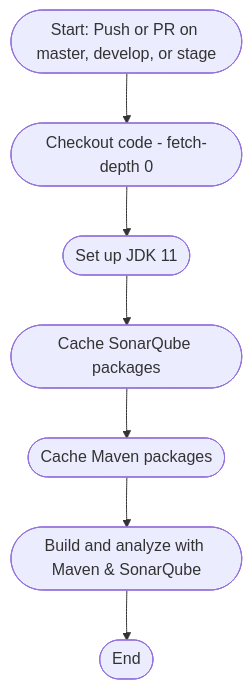
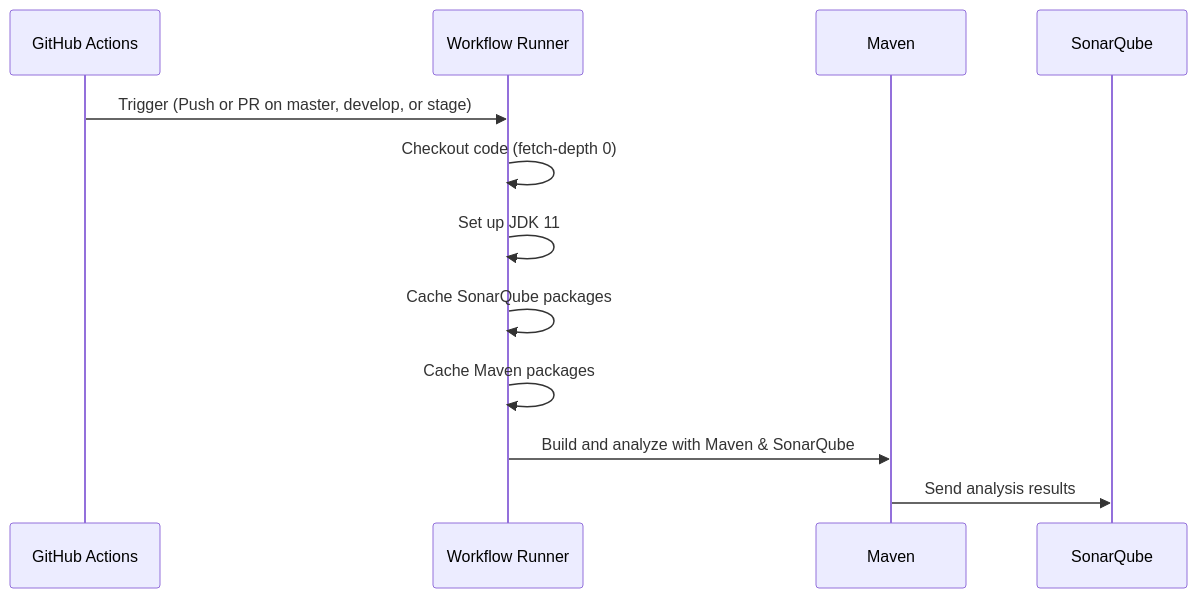
Before and after one commit to FelipeBarretoB/ecommerce-microservice-backend-app: the fourth of 5 diagrams in README.md, drawn with Mermaid. The commit also changed other lines of this file, not shown here.

Commit message:
chore: changed from flow diagrams to sequence diagrams

````diff
--- a/README.md
+++ b/README.md
@@ -243,17 +232,15 @@
 ```mermaid
-flowchart TD
-    A([Start: Push or PR on master, develop, or stage])
-    B([Checkout code - fetch-depth 0])
-    C([Set up JDK 11])
-    D([Cache SonarQube packages])
-    E([Cache Maven packages])
-    F([Build and analyze with Maven & SonarQube])
-    G([End])
+sequenceDiagram
+    participant GitHub as GitHub Actions
+    participant Runner as Workflow Runner
+    participant Maven as Maven
+    participant Sonar as SonarQube
 
-    A --> B
-    B --> C
-    C --> D
-    D --> E
-    E --> F
-    F --> G
+    GitHub->>Runner: Trigger (Push or PR on master, develop, or stage)
+    Runner->>Runner: Checkout code (fetch-depth 0)
+    Runner->>Runner: Set up JDK 11
+    Runner->>Runner: Cache SonarQube packages
+    Runner->>Runner: Cache Maven packages
+    Runner->>Maven: Build and analyze with Maven & SonarQube
+    Maven->>Sonar: Send analysis results
 ```
````
